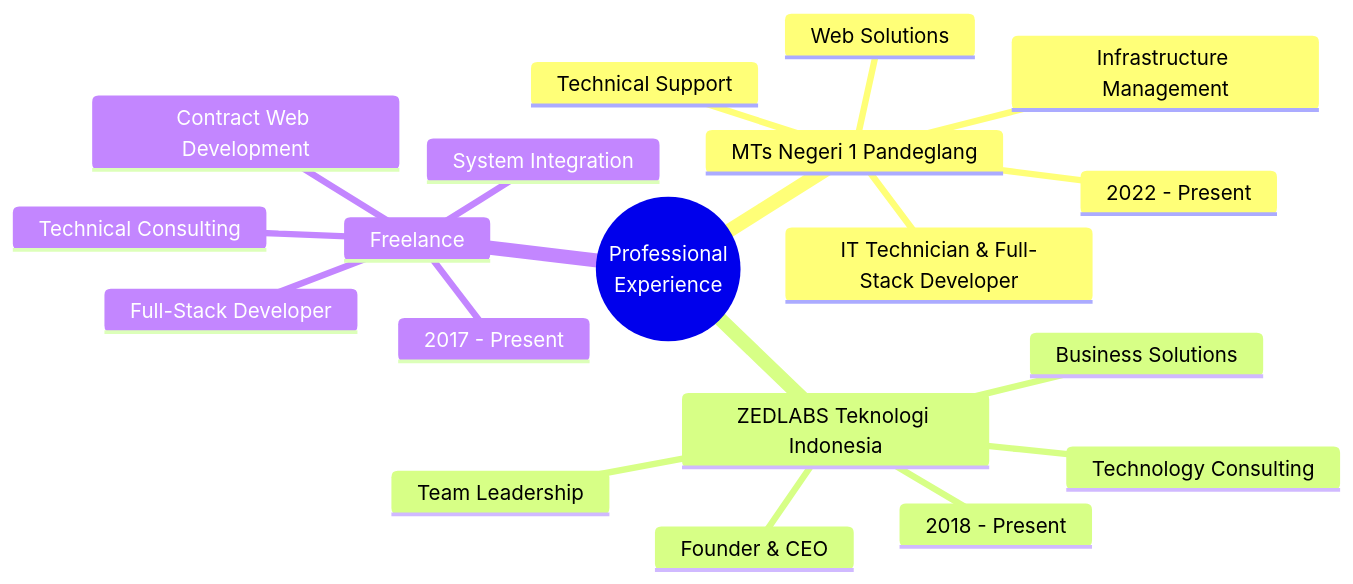
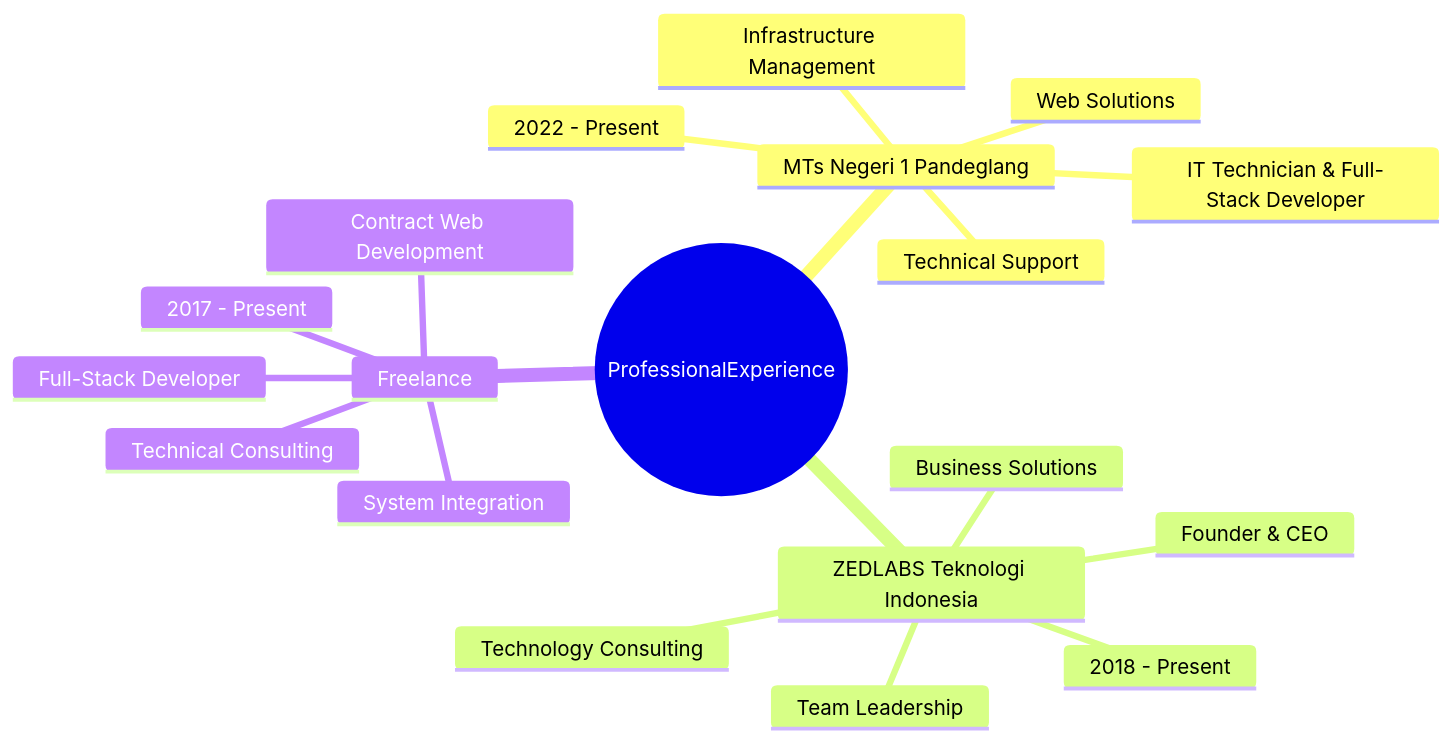
The second of 2 diagrams in README.mdx (zulfikriyahya/zulfikriyahya), drawn with Mermaid before and after one commit. The commit also changed other lines of this file, not shown here.

````diff
--- a/README.mdx
+++ b/README.mdx
@@ -157,22 +156,22 @@
 ```mermaid
 mindmap
-  root((Professional<br/>Experience))
+  root((ProfessionalExperience))
     MTs Negeri 1 Pandeglang
       IT Technician & Full-Stack Developer
       2022 - Present
       Infrastructure Management
       Web Solutions
       Technical Support
     ZEDLABS Teknologi Indonesia
       Founder & CEO
       2018 - Present
       Technology Consulting
       Business Solutions
       Team Leadership
     Freelance
       Full-Stack Developer
       2017 - Present
       Contract Web Development
       System Integration
       Technical Consulting
 ```
````
